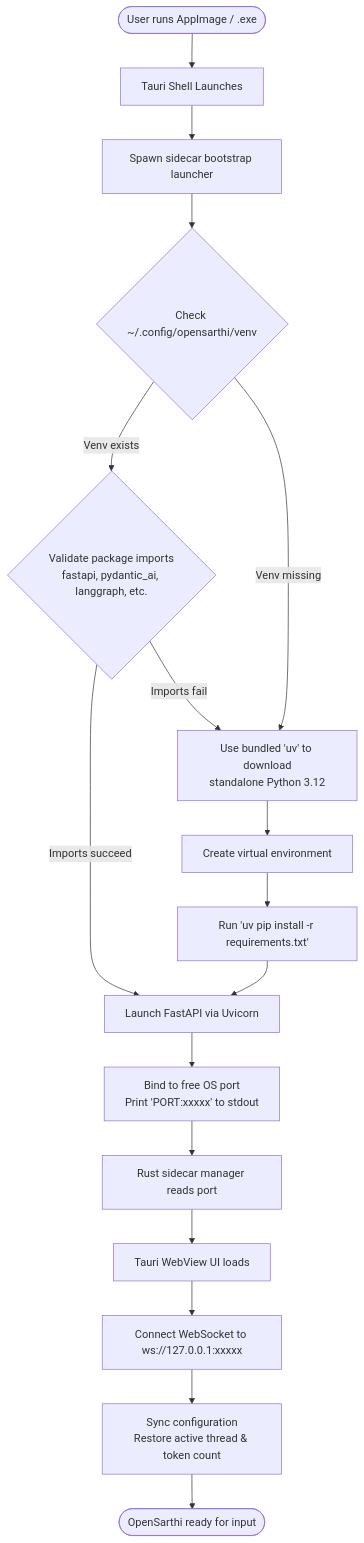
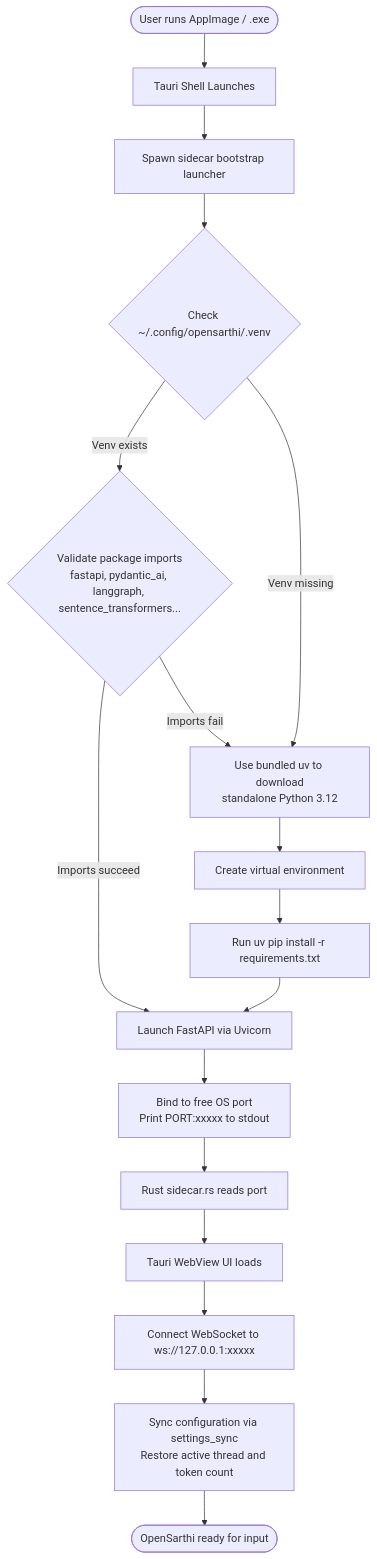
Before and after one commit to OpenSarthi/opensarthi: the first of 10 diagrams in docs/03_agentic_flow.md, drawn with Mermaid. The commit also changed other lines of this file and 8 other files, not shown here.

Commit message:
docs: comprehensive synchronization of all READMEs, SKILLS.md and architectural guides

````diff
--- a/docs/03_agentic_flow.md
+++ b/docs/03_agentic_flow.md
@@ -13,23 +11,23 @@
 ```mermaid
 flowchart TD
     START([User runs AppImage / .exe]) --> TAURI[Tauri Shell Launches]
     TAURI --> SPAWN[Spawn sidecar bootstrap launcher]
-    
-    SPAWN --> PATH_CHECK{Check ~/.config/opensarthi/venv}
-    PATH_CHECK -->|Venv exists| IMPORT_CHECK{Validate package imports\nfastapi, pydantic_ai, langgraph, etc.}
-    PATH_CHECK -->|Venv missing| SETUP_VENV[Use bundled 'uv' to download\nstandalone Python 3.12]
-    
+
+    SPAWN --> PATH_CHECK{Check ~/.config/opensarthi/.venv}
+    PATH_CHECK -->|Venv exists| IMPORT_CHECK{Validate package imports\nfastapi, pydantic_ai, langgraph, sentence_transformers...}
+    PATH_CHECK -->|Venv missing| SETUP_VENV[Use bundled uv to download\nstandalone Python 3.12]
+
     IMPORT_CHECK -->|Imports succeed| BOOT_FASTAPI[Launch FastAPI via Uvicorn]
     IMPORT_CHECK -->|Imports fail| SETUP_VENV
-    
+
     SETUP_VENV --> VENV_CREATE[Create virtual environment]
-    VENV_CREATE --> PIP_INSTALL[Run 'uv pip install -r requirements.txt']
+    VENV_CREATE --> PIP_INSTALL[Run uv pip install -r requirements.txt]
     PIP_INSTALL --> BOOT_FASTAPI
-    
-    BOOT_FASTAPI --> PORT_NEG[Bind to free OS port\nPrint 'PORT:xxxxx' to stdout]
-    PORT_NEG --> RUST_READ[Rust sidecar manager reads port]
+
+    BOOT_FASTAPI --> PORT_NEG[Bind to free OS port\nPrint PORT:xxxxx to stdout]
+    PORT_NEG --> RUST_READ[Rust sidecar.rs reads port]
     RUST_READ --> WEBVIEW[Tauri WebView UI loads]
     WEBVIEW --> WS_CONNECT[Connect WebSocket to ws://127.0.0.1:xxxxx]
-    WS_CONNECT --> SYNC_SETTINGS[Sync configuration\nRestore active thread & token count]
+    WS_CONNECT --> SYNC_SETTINGS[Sync configuration via settings_sync\nRestore active thread and token count]
     SYNC_SETTINGS --> READY([OpenSarthi ready for input])
 ```
````
